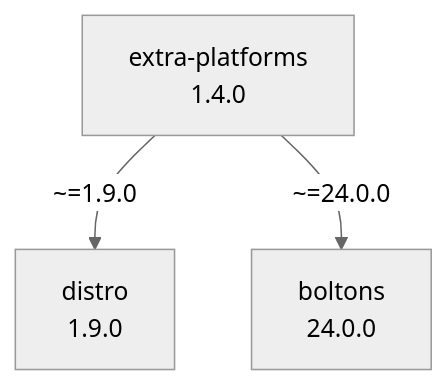
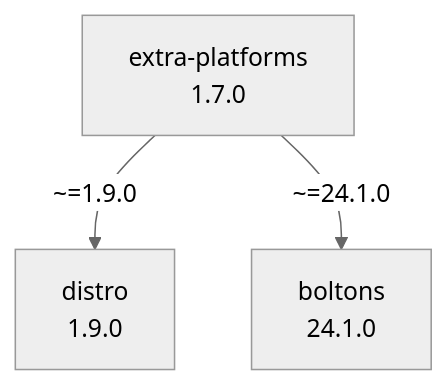
Before and after one commit to kdeldycke/extra-platforms: the diagram in docs/assets/dependencies.mmd, drawn with Mermaid (neutral theme).

Commit message:
[autofix] Regenerate dependency graph

```diff
--- a/docs/assets/dependencies.mmd
+++ b/docs/assets/dependencies.mmd
@@ -1,7 +1,7 @@
 flowchart TD
     classDef missing stroke-dasharray: 5
-    boltons["boltons\n24.0.0"]
+    boltons["boltons\n24.1.0"]
     distro["distro\n1.9.0"]
-    extra-platforms["extra-platforms\n1.4.0"]
+    extra-platforms["extra-platforms\n1.7.0"]
     extra-platforms -- "~=1.9.0" --> distro
-    extra-platforms -- "~=24.0.0" --> boltons
+    extra-platforms -- "~=24.1.0" --> boltons
```
